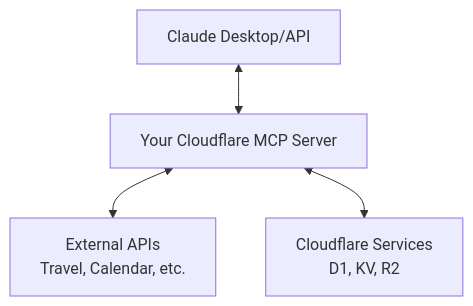
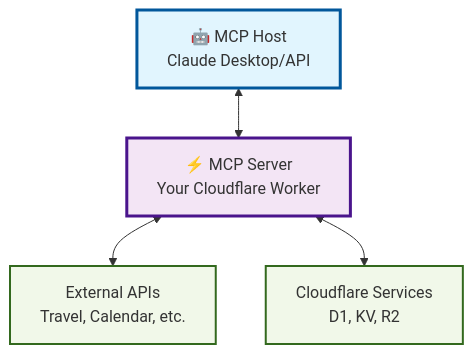
One commit to lauragift21/mcp-server-workshop changed the diagram in instructions/mcp-fundamentals.md. Above: the diagram before and after it, drawn with Mermaid. The commit also changed other lines of this file, not shown here.

Commit message:
add MCP intro docs,

````diff
--- a/instructions/mcp-fundamentals.md
+++ b/instructions/mcp-fundamentals.md
@@ -9,11 +16,19 @@
 ```mermaid
 flowchart TD
-    Claude[Claude Desktop/API] 
-    Server[Your Cloudflare MCP Server]
+    Claude[🤖 MCP Host<br/>Claude Desktop/API] 
+    Server[⚡ MCP Server<br/>Your Cloudflare Worker]
     APIs[External APIs<br/>Travel, Calendar, etc.]
     Storage[Cloudflare Services<br/>D1, KV, R2]
     
     Claude <--> Server
     Server <--> APIs
     Server <--> Storage
+    
+    classDef mcpHost fill:#e1f5fe,stroke:#01579b,stroke-width:3px
+    classDef mcpServer fill:#f3e5f5,stroke:#4a148c,stroke-width:3px
+    classDef external fill:#f1f8e9,stroke:#33691e,stroke-width:2px
+    
+    class Claude mcpHost
+    class Server mcpServer
+    class APIs,Storage external
 ```
````
